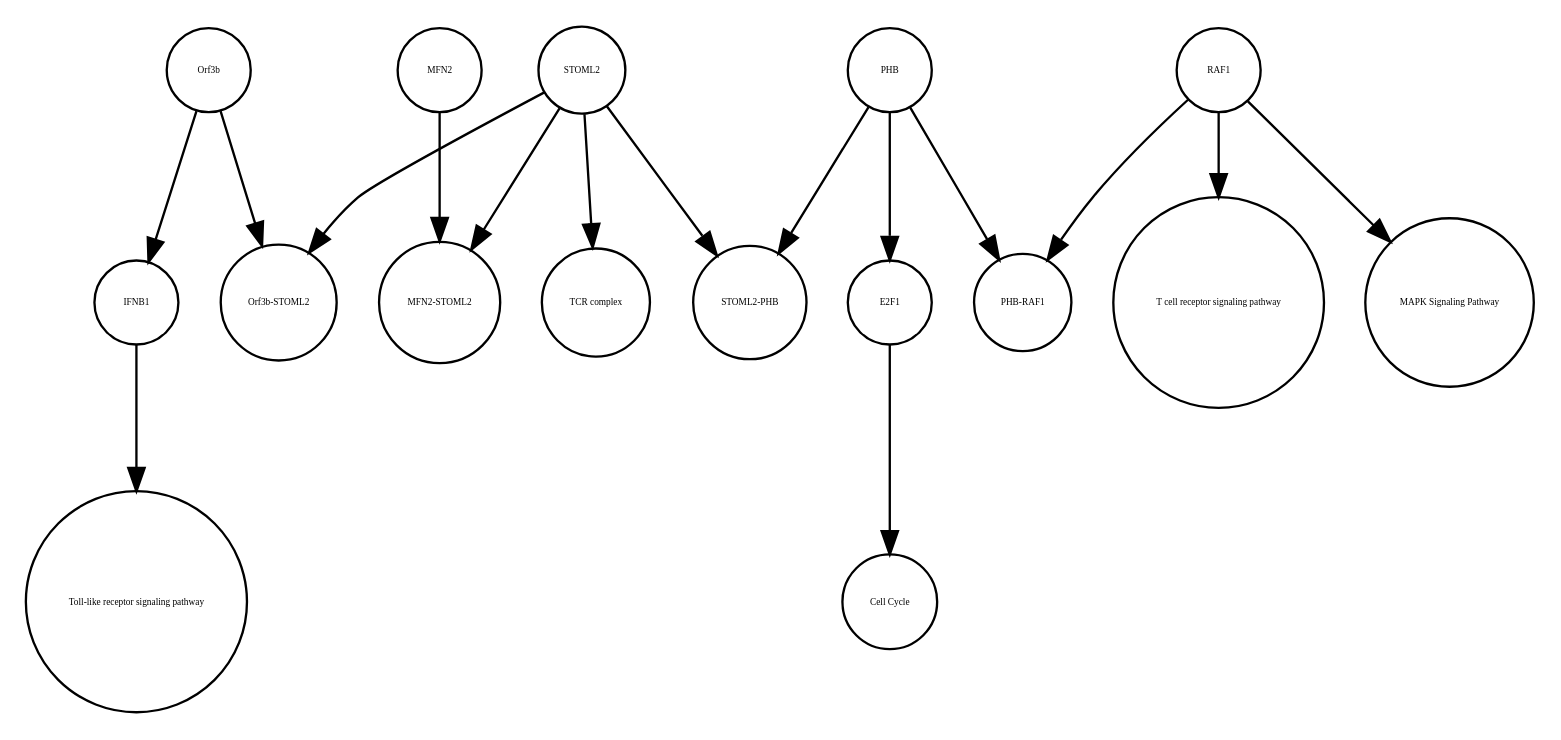
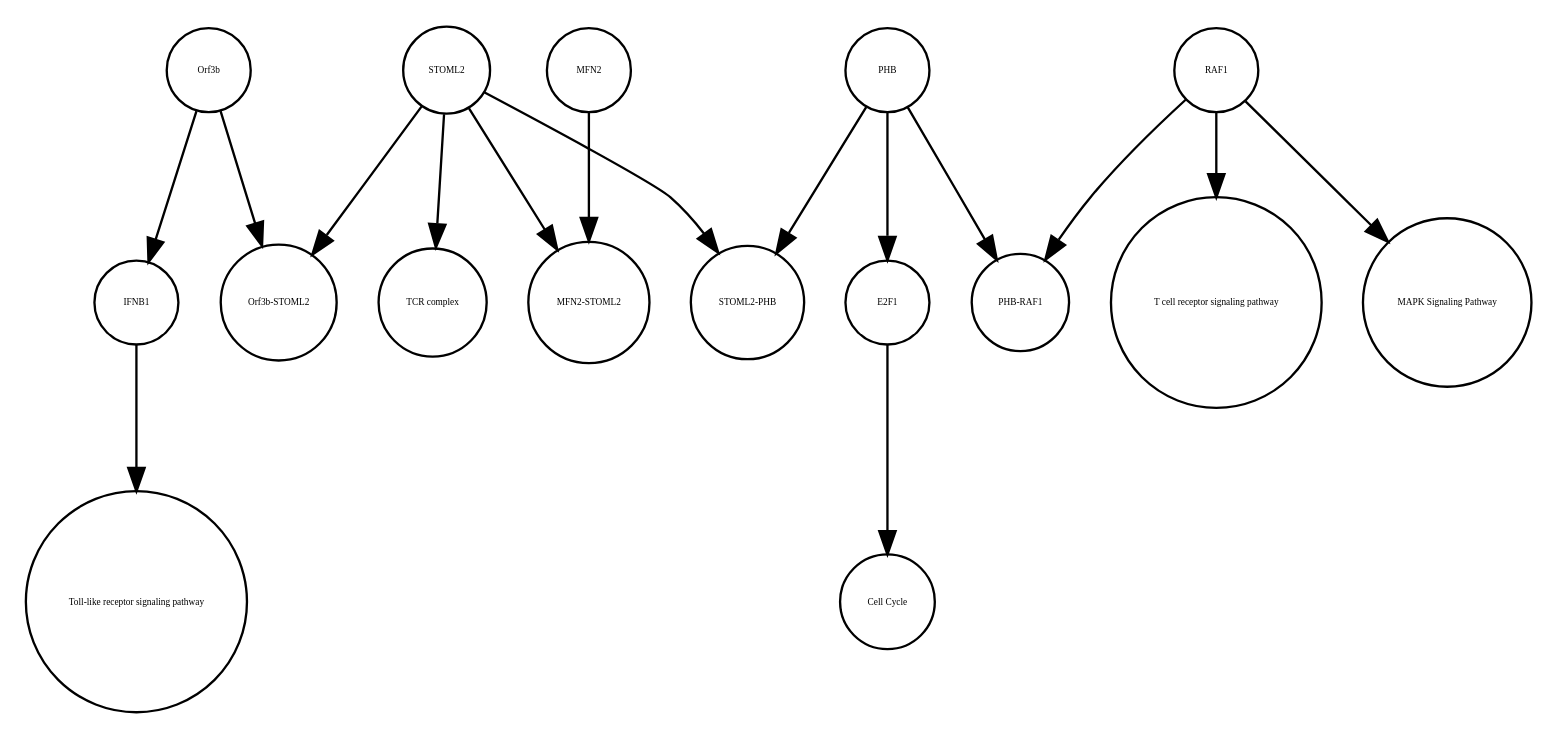
One commit to cannin/covid19-sbgn changed the diagram in Orf3b_0620_2020.xml_projected.dot. Above: the diagram before and after it, drawn with Graphviz. The commit also changed other lines of this file and 564 other files, not shown here.

```diff
--- a/Orf3b_0620_2020.xml_projected.dot
+++ b/Orf3b_0620_2020.xml_projected.dot
@@ -1,33 +1,33 @@
 strict digraph  {
 Orf3b [annotation="", bipartite=0, cls=macromolecule, fontsize=4, label=Orf3b, shape=circle];
 IFNB1 [annotation=urn_miriam_uniprot_P01574, bipartite=0, cls=macromolecule, fontsize=4, label=IFNB1, shape=circle];
 "Toll-like receptor signaling pathway" [annotation="urn_miriam_kegg.pathway_hsa04620", bipartite=0, cls=phenotype, fontsize=4, label="Toll-like receptor signaling pathway", shape=circle];
 PHB [annotation=urn_miriam_uniprot_P35232, bipartite=0, cls=macromolecule, fontsize=4, label=PHB, shape=circle];
 E2F1 [annotation=urn_miriam_uniprot_Q01094, bipartite=0, cls=macromolecule, fontsize=4, label=E2F1, shape=circle];
 "Cell Cycle" [annotation="urn_miriam_kegg.pathway_hsa04110", bipartite=0, cls=phenotype, fontsize=4, label="Cell Cycle", shape=circle];
 RAF1 [annotation=urn_miriam_uniprot_P04049, bipartite=0, cls=macromolecule, fontsize=4, label=RAF1, shape=circle];
 "MAPK Signaling Pathway" [annotation="urn_miriam_kegg.pathway_hsa04010", bipartite=0, cls=phenotype, fontsize=4, label="MAPK Signaling Pathway", shape=circle];
 "T cell receptor signaling pathway" [annotation="urn_miriam_kegg.pathway_hsa04660", bipartite=0, cls=phenotype, fontsize=4, label="T cell receptor signaling pathway", shape=circle];
+"TCR complex" [annotation="urn_miriam_uniprot_P07766|urn_miriam_uniprot_P04234|urn_miriam_uniprot_P09693|urn_miriam_uniprot_P20963|urn_miriam_uniprot_P01848|urn_miriam_uniprot_Q9UJZ1|urn_miriam_uniprot_P0DSE2", bipartite=0, cls=complex, fontsize=4, label="TCR complex", shape=circle];
+"Orf3b-STOML2" [annotation="", bipartite=0, cls=complex, fontsize=4, label="Orf3b-STOML2", shape=circle];
 "MFN2-STOML2" [annotation="", bipartite=0, cls=complex, fontsize=4, label="MFN2-STOML2", shape=circle];
+"STOML2-PHB" [annotation="", bipartite=0, cls=complex, fontsize=4, label="STOML2-PHB", shape=circle];
 MFN2 [annotation=urn_miriam_uniprot_O95140, bipartite=0, cls=macromolecule, fontsize=4, label=MFN2, shape=circle];
-"STOML2-PHB" [annotation="", bipartite=0, cls=complex, fontsize=4, label="STOML2-PHB", shape=circle];
+"PHB-RAF1" [annotation="", bipartite=0, cls=complex, fontsize=4, label="PHB-RAF1", shape=circle];
 STOML2 [annotation=urn_miriam_pubmed_18641330, bipartite=0, cls="macromolecule multimer", fontsize=4, label=STOML2, shape=circle];
-"Orf3b-STOML2" [annotation="", bipartite=0, cls=complex, fontsize=4, label="Orf3b-STOML2", shape=circle];
-"PHB-RAF1" [annotation="", bipartite=0, cls=complex, fontsize=4, label="PHB-RAF1", shape=circle];
-"TCR complex" [annotation="urn_miriam_uniprot_P07766|urn_miriam_uniprot_P04234|urn_miriam_uniprot_P09693|urn_miriam_uniprot_P20963|urn_miriam_uniprot_P01848|urn_miriam_uniprot_Q9UJZ1|urn_miriam_uniprot_P0DSE2", bipartite=0, cls=complex, fontsize=4, label="TCR complex", shape=circle];
 Orf3b -> IFNB1  [annotation="", interaction_type=inhibition];
 Orf3b -> "Orf3b-STOML2"  [annotation="", interaction_type=production];
 IFNB1 -> "Toll-like receptor signaling pathway"  [annotation="", interaction_type=stimulation];
 PHB -> E2F1  [annotation="", interaction_type=inhibition];
 PHB -> "PHB-RAF1"  [annotation="", interaction_type=production];
 PHB -> "STOML2-PHB"  [annotation="", interaction_type=production];
 E2F1 -> "Cell Cycle"  [annotation="", interaction_type=stimulation];
 RAF1 -> "MAPK Signaling Pathway"  [annotation="", interaction_type=stimulation];
 RAF1 -> "T cell receptor signaling pathway"  [annotation="", interaction_type=stimulation];
 RAF1 -> "PHB-RAF1"  [annotation="", interaction_type=production];
 MFN2 -> "MFN2-STOML2"  [annotation="", interaction_type=production];
 STOML2 -> "Orf3b-STOML2"  [annotation="", interaction_type=production];
 STOML2 -> "MFN2-STOML2"  [annotation="", interaction_type=production];
+STOML2 -> "STOML2-PHB"  [annotation="", interaction_type=production];
 STOML2 -> "TCR complex"  [annotation="", interaction_type=production];
-STOML2 -> "STOML2-PHB"  [annotation="", interaction_type=production];
 }
```
